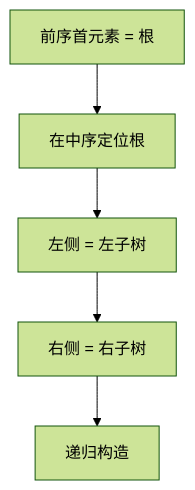
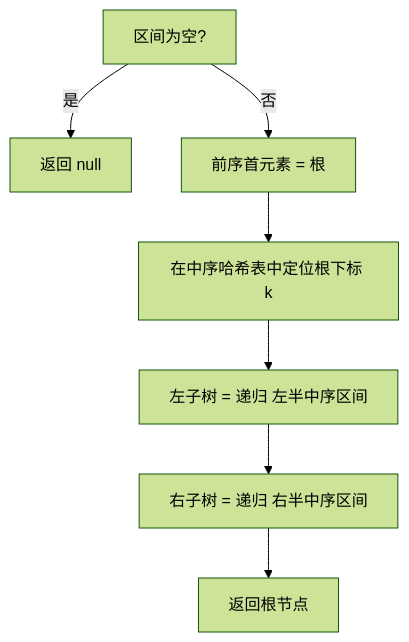
The first of 2 diagrams in 09-二叉树/0105-从前序与中序遍历序列构造二叉树.md (OctalZero/hot100-py), drawn with Mermaid (forest theme) before and after one commit. The commit also changed other lines of this file and 117 other files, not shown here.

First line of the commit message:
feat: 全题解配图升级为「动画式 mermaid」（总览骨架 + 横向时间线逐步推演）

````diff
--- a/09-二叉树/0105-从前序与中序遍历序列构造二叉树.md
+++ b/09-二叉树/0105-从前序与中序遍历序列构造二叉树.md
@@ -20,7 +20,9 @@
 ```mermaid
 flowchart TD
-    A["前序首元素 = 根"] --> B["在中序定位根"]
-    B --> C["左侧 = 左子树"]
-    C --> D["右侧 = 右子树"]
-    D --> E["递归构造"]
+    A["区间为空?"] -->|"是"| R["返回 null"]
+    A -->|"否"| B["前序首元素 = 根"]
+    B --> C["在中序哈希表中定位根下标 k"]
+    C --> D["左子树 = 递归 左半中序区间"]
+    D --> E["右子树 = 递归 右半中序区间"]
+    E --> F["返回根节点"]
 ```
````
